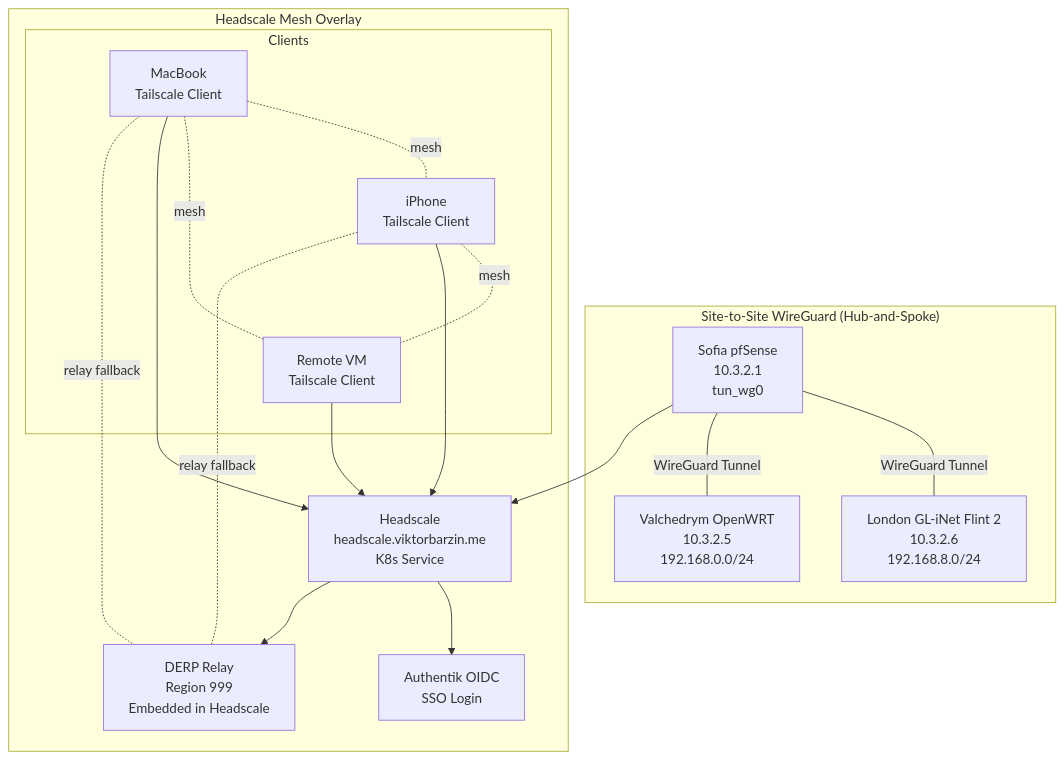
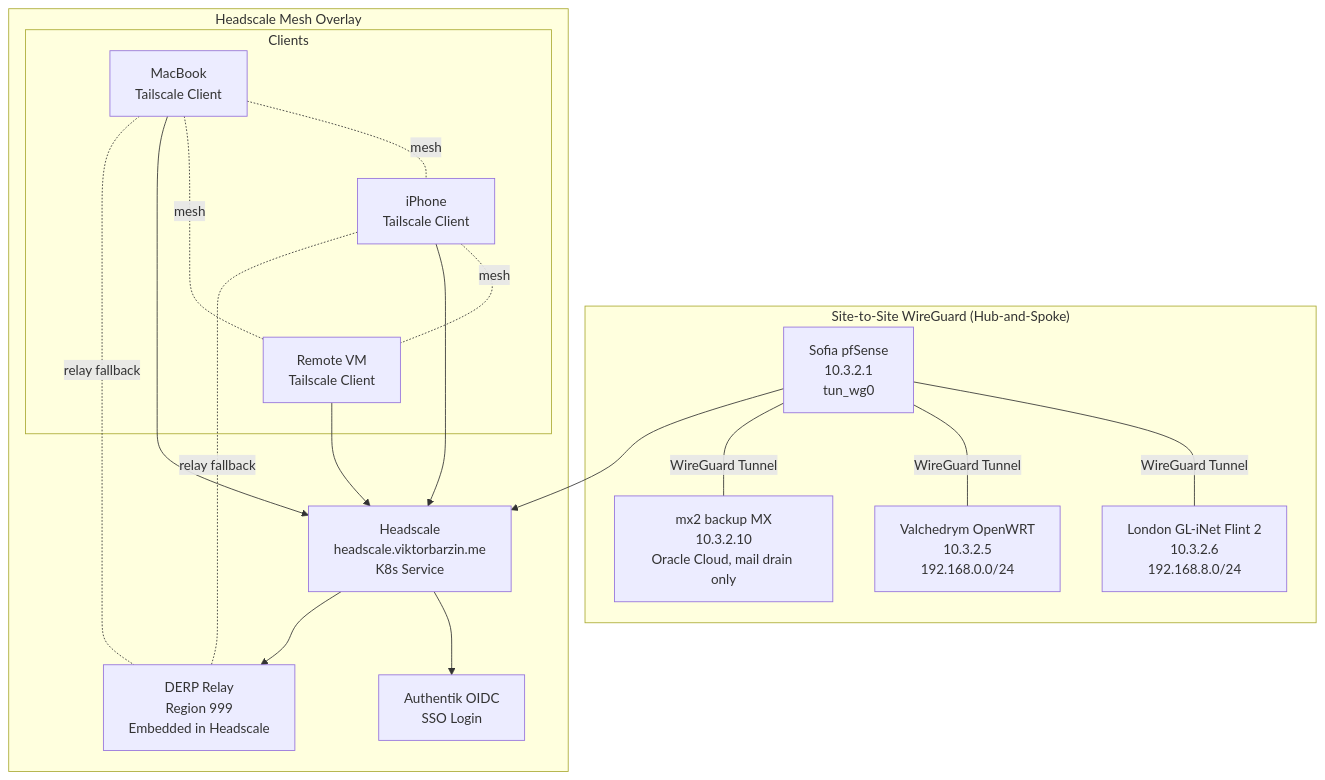
Before and after one commit to ViktorBarzin/infra: the first of 2 diagrams in docs/architecture/vpn.md, drawn with Mermaid. The commit also changed other lines of this file and 1 other file, not shown here.

First line of the commit message:
docs(mailserver,vpn): complete backup-MX consistency pass in architecture docs

````diff
--- a/docs/architecture/vpn.md
+++ b/docs/architecture/vpn.md
@@ -13,37 +13,39 @@
 ```mermaid
 graph TB
     subgraph "Site-to-Site WireGuard (Hub-and-Spoke)"
         Sofia[Sofia pfSense<br/>10.3.2.1<br/>tun_wg0]
         London[London GL-iNet Flint 2<br/>10.3.2.6<br/>192.168.8.0/24]
         Valchedrym[Valchedrym OpenWRT<br/>10.3.2.5<br/>192.168.0.0/24]
+        MX2[mx2 backup MX<br/>10.3.2.10<br/>Oracle Cloud, mail drain only]
 
         Sofia ---|WireGuard Tunnel| London
         Sofia ---|WireGuard Tunnel| Valchedrym
+        Sofia ---|WireGuard Tunnel| MX2
     end
 
     subgraph "Headscale Mesh Overlay"
         HS[Headscale<br/>headscale.viktorbarzin.me<br/>K8s Service]
         Authentik[Authentik OIDC<br/>SSO Login]
         DERP[DERP Relay<br/>Region 999<br/>Embedded in Headscale]
 
         subgraph "Clients"
             Laptop[MacBook<br/>Tailscale Client]
             Phone[iPhone<br/>Tailscale Client]
             Remote[Remote VM<br/>Tailscale Client]
         end
 
         HS --> Authentik
         HS --> DERP
         Laptop -.mesh.- Phone
         Laptop -.mesh.- Remote
         Phone -.mesh.- Remote
         Laptop --> HS
         Phone --> HS
         Remote --> HS
 
         Laptop -.relay fallback.- DERP
         Phone -.relay fallback.- DERP
     end
 
     Sofia --> HS
 ```
````
